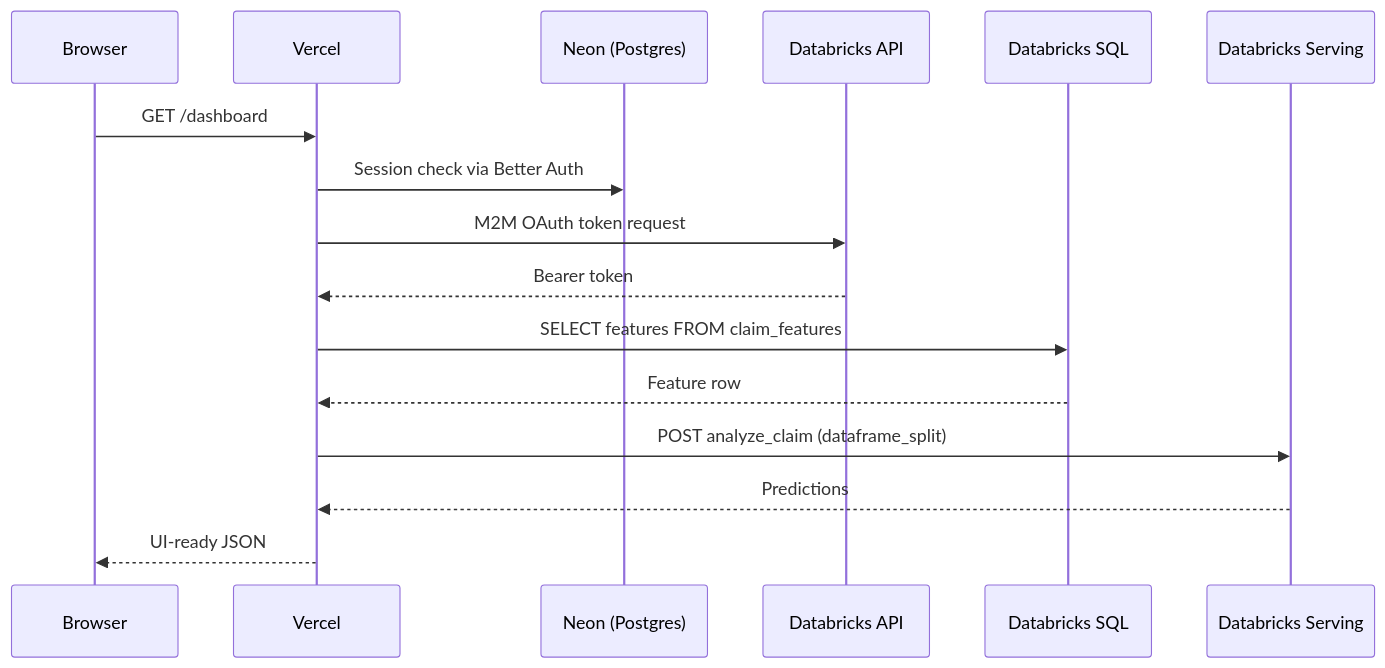
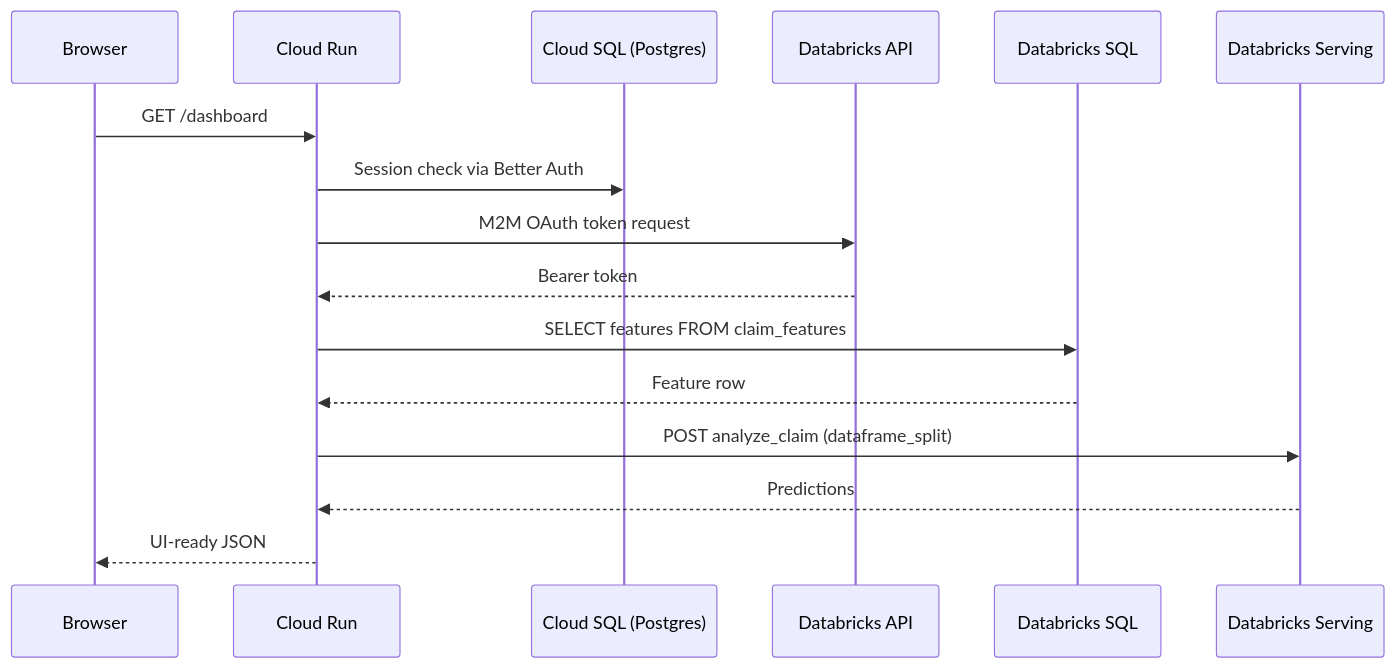
The diagram in docs/architecture/nextjs-better-auth-databricks-api.md (KrishKoria/HomeProjectAbacus), drawn with Mermaid before and after one commit. The commit also changed other lines of this file and 2 other files, not shown here.

Commit message:
docs: update architecture docs for GCP migration
Update architecture doc from Vercel to Cloud Run, mark ADR 0002 as
superseded by ADR 0003, and simplify frontend README for GCP deployment.

````diff
--- a/docs/architecture/nextjs-better-auth-databricks-api.md
+++ b/docs/architecture/nextjs-better-auth-databricks-api.md
@@ -32,12 +32,12 @@
 ```mermaid
 sequenceDiagram
-    Browser->>Vercel: GET /dashboard
-    Vercel->>Neon (Postgres): Session check via Better Auth
-    Vercel->>Databricks API: M2M OAuth token request
-    Databricks API-->>Vercel: Bearer token
-    Vercel->>Databricks SQL: SELECT features FROM claim_features
-    Databricks SQL-->>Vercel: Feature row
-    Vercel->>Databricks Serving: POST analyze_claim (dataframe_split)
-    Databricks Serving-->>Vercel: Predictions
-    Vercel-->>Browser: UI-ready JSON
+    Browser->>Cloud Run: GET /dashboard
+    Cloud Run->>Cloud SQL (Postgres): Session check via Better Auth
+    Cloud Run->>Databricks API: M2M OAuth token request
+    Databricks API-->>Cloud Run: Bearer token
+    Cloud Run->>Databricks SQL: SELECT features FROM claim_features
+    Databricks SQL-->>Cloud Run: Feature row
+    Cloud Run->>Databricks Serving: POST analyze_claim (dataframe_split)
+    Databricks Serving-->>Cloud Run: Predictions
+    Cloud Run-->>Browser: UI-ready JSON
 ```
````
